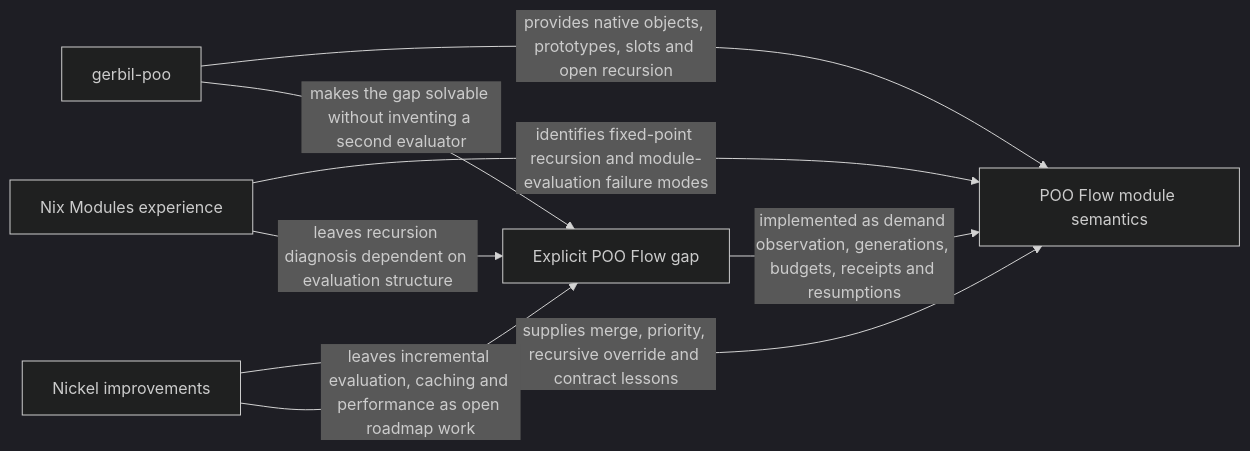
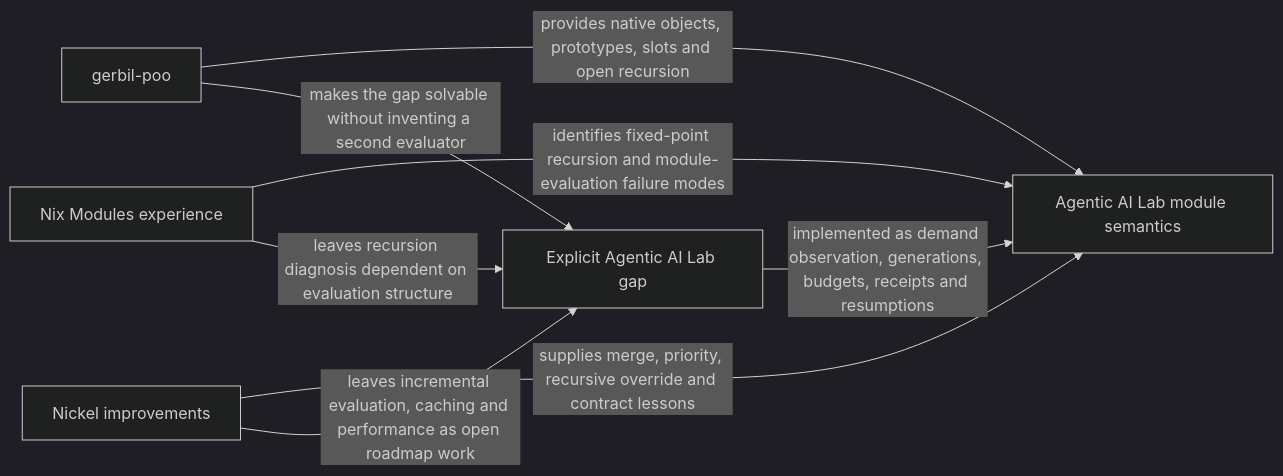
One commit to tao3k/gebril-yuanxu changed the second of 3 diagrams in module-system/design/45-30-nix-modules-and-nickel-design-reflection.org. Above: the diagram before and after it, drawn with Mermaid (dark theme). The commit also changed other lines of this file and 507 other files, not shown here.

```diff
--- a/module-system/design/45-30-nix-modules-and-nickel-design-reflection.org
+++ b/module-system/design/45-30-nix-modules-and-nickel-design-reflection.org
@@ -174,10 +174,10 @@
 #+begin_src mermaid
 flowchart LR
-  GP["gerbil-poo"] -->|"provides native objects, prototypes, slots and open recursion"| PF["POO Flow module semantics"]
+  GP["gerbil-poo"] -->|"provides native objects, prototypes, slots and open recursion"| PF["Agentic AI Lab module semantics"]
   NX["Nix Modules experience"] -->|"identifies fixed-point recursion and module-evaluation failure modes"| PF
   NK["Nickel improvements"] -->|"supplies merge, priority, recursive override and contract lessons"| PF
-  NK -->|"leaves incremental evaluation, caching and performance as open roadmap work"| PG["Explicit POO Flow gap"]
+  NK -->|"leaves incremental evaluation, caching and performance as open roadmap work"| PG["Explicit Agentic AI Lab gap"]
   NX -->|"leaves recursion diagnosis dependent on evaluation structure"| PG
   GP -->|"makes the gap solvable without inventing a second evaluator"| PG
   PG -->|"implemented as demand observation, generations, budgets, receipts and resumptions"| PF
 #+end_src
```
